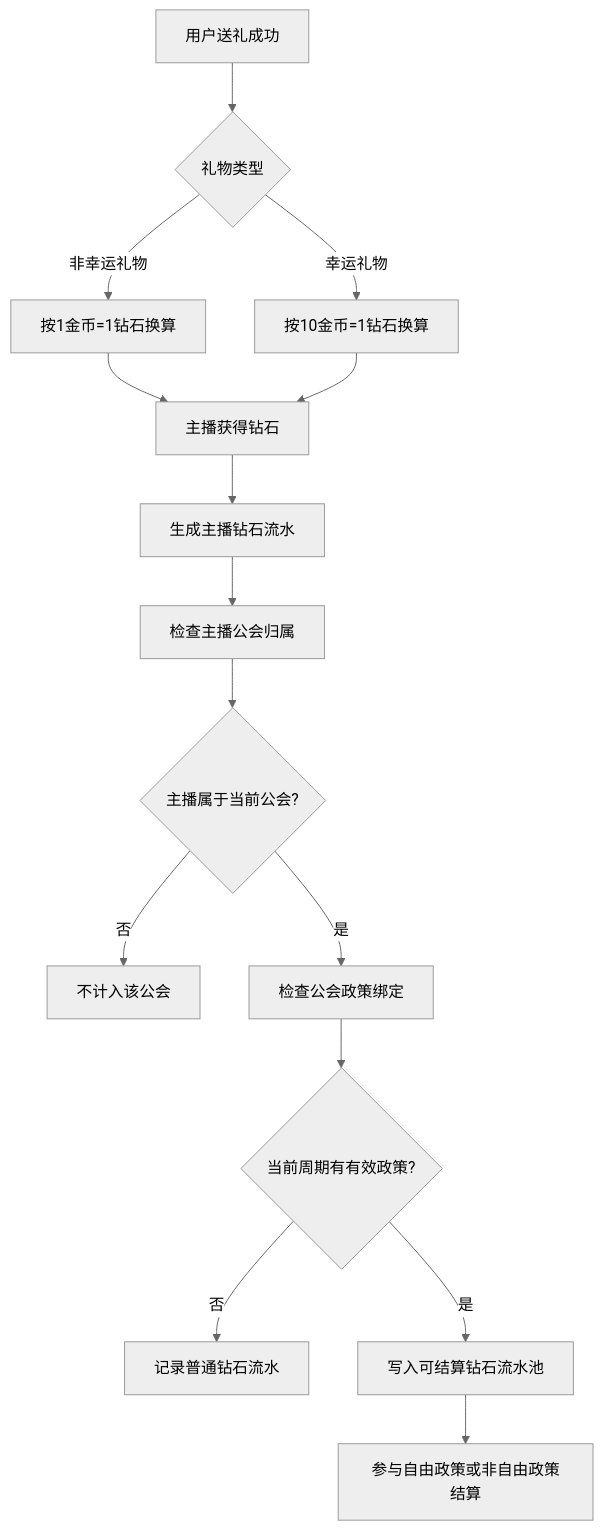
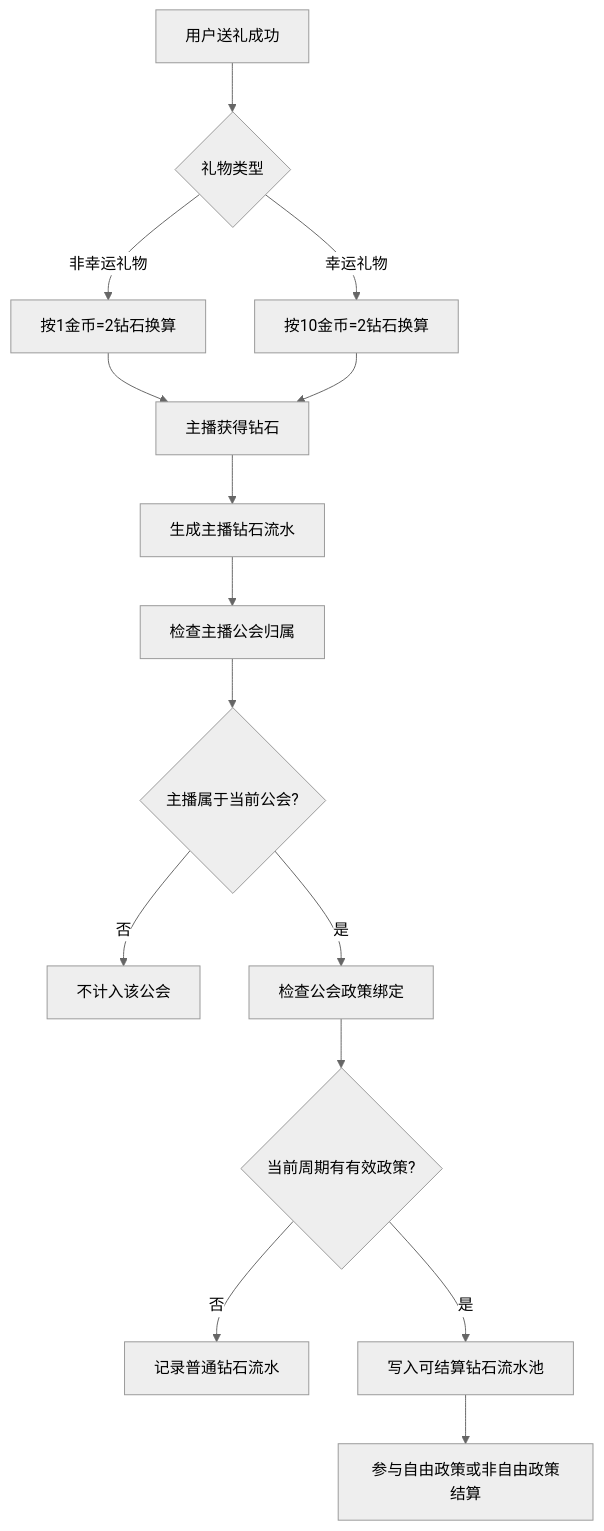
One commit to kocekid/TALO-Guild-Policy-Requirements changed the third of 13 diagrams in TALO公会政策_客户端后台需求文档PRD.md. Above: the diagram before and after it, drawn with Mermaid (neutral theme). The commit also changed other lines of this file and 18 other files, not shown here.

Commit message:
更新TALO公会政策PRD与原型图

````diff
--- a/TALO公会政策_客户端后台需求文档PRD.md
+++ b/TALO公会政策_客户端后台需求文档PRD.md
@@ -131,17 +122,17 @@
 ```mermaid
 flowchart TD
     A[用户送礼成功] --> B{礼物类型}
-    B -->|非幸运礼物| C[按1金币=1钻石换算]
-    B -->|幸运礼物| D[按10金币=1钻石换算]
+    B -->|非幸运礼物| C[按1金币=2钻石换算]
+    B -->|幸运礼物| D[按10金币=2钻石换算]
     C --> E[主播获得钻石]
     D --> E
     E --> F[生成主播钻石流水]
     F --> G[检查主播公会归属]
     G --> H{主播属于当前公会?}
     H -->|否| I[不计入该公会]
     H -->|是| J[检查公会政策绑定]
     J --> K{当前周期有有效政策?}
     K -->|否| L[记录普通钻石流水]
     K -->|是| M[写入可结算钻石流水池]
     M --> N[参与自由政策或非自由政策结算]
 ```
````
